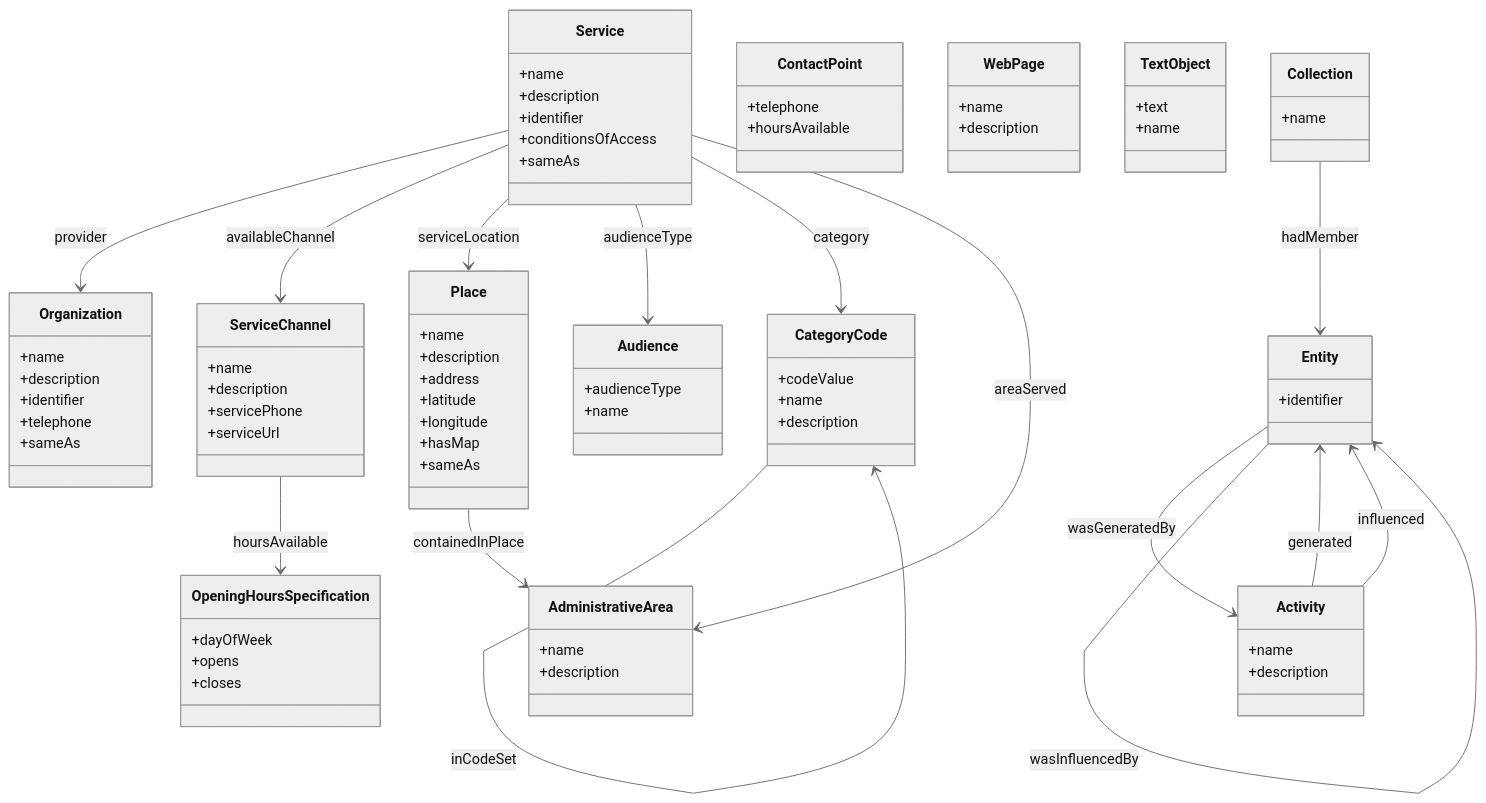
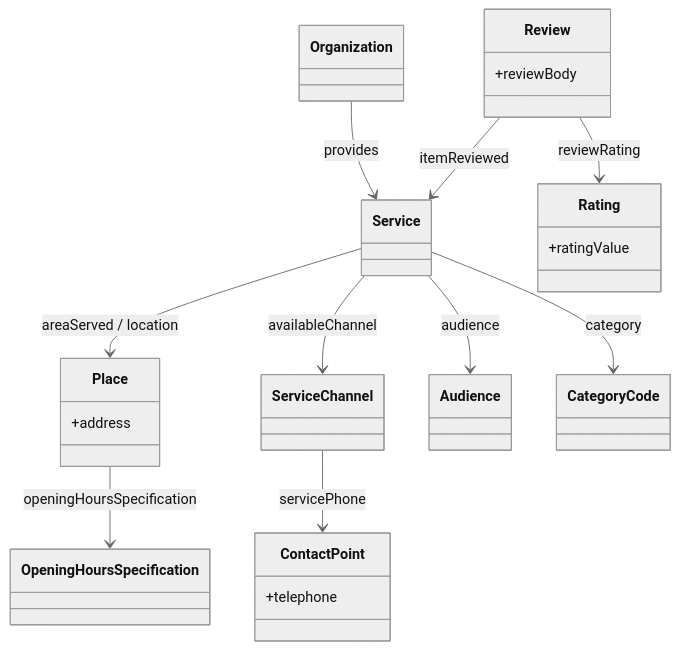
One commit to sbl-sdsc/mcp-proto-okn changed the diagram in docs/examples/dreamkg_overview.md. Above: the diagram before and after it, drawn with Mermaid (neutral theme). The commit also changed other lines of this file and 14 other files, not shown here.

````diff
--- a/docs/examples/dreamkg_overview.md
+++ b/docs/examples/dreamkg_overview.md
@@ -58,103 +43,31 @@
 ```mermaid
 classDiagram
-direction TB
+    class Organization
+    class Service
+    class Place {
+        +address
+    }
+    class ServiceChannel
+    class ContactPoint {
+        +telephone
+    }
+    class OpeningHoursSpecification
+    class Audience
+    class CategoryCode
+    class Review {
+        +reviewBody
+    }
+    class Rating {
+        +ratingValue
+    }
 
-class Organization {
-  +name
-  +description
-  +identifier
-  +telephone
-  +sameAs
-}
-
-class Service {
-  +name
-  +description
-  +identifier
-  +conditionsOfAccess
-  +sameAs
-}
-
-class Place {
-  +name
-  +description
-  +address
-  +latitude
-  +longitude
-  +hasMap
-  +sameAs
-}
-
-class ServiceChannel {
-  +name
-  +description
-  +servicePhone
-  +serviceUrl
-}
-
-class OpeningHoursSpecification {
-  +dayOfWeek
-  +opens
-  +closes
-}
-
-class CategoryCode {
-  +codeValue
-  +name
-  +description
-}
-
-class Audience {
-  +audienceType
-  +name
-}
-
-class ContactPoint {
-  +telephone
-  +hoursAvailable
-}
-
-class AdministrativeArea {
-  +name
-  +description
-}
-
-class WebPage {
-  +name
-  +description
-}
-
-class TextObject {
-  +text
-  +name
-}
-
-class Entity {
-  +identifier
-}
-
-class Activity {
-  +name
-  +description
-}
-
-class Collection {
-  +name
-}
-
-Service --> Organization : provider
-Service --> ServiceChannel : availableChannel
-Service --> Place : serviceLocation
-Service --> Audience : audienceType
-Service --> CategoryCode : category
-Service --> AdministrativeArea : areaServed
-ServiceChannel --> OpeningHoursSpecification : hoursAvailable
-Place --> AdministrativeArea : containedInPlace
-CategoryCode --> CategoryCode : inCodeSet
-Entity --> Activity : wasGeneratedBy
-Entity --> Entity : wasDerivedFrom
-Activity --> Entity : generated
-Collection --> Entity : hadMember
-Entity --> Entity : wasInfluencedBy
-Activity --> Entity : influenced
+    Organization --> Service : provides
+    Service --> Place : areaServed / location
+    Service --> ServiceChannel : availableChannel
+    ServiceChannel --> ContactPoint : servicePhone
+    Service --> Audience : audience
+    Service --> CategoryCode : category
+    Place --> OpeningHoursSpecification : openingHoursSpecification
+    Review --> Service : itemReviewed
+    Review --> Rating : reviewRating
 ```
````
